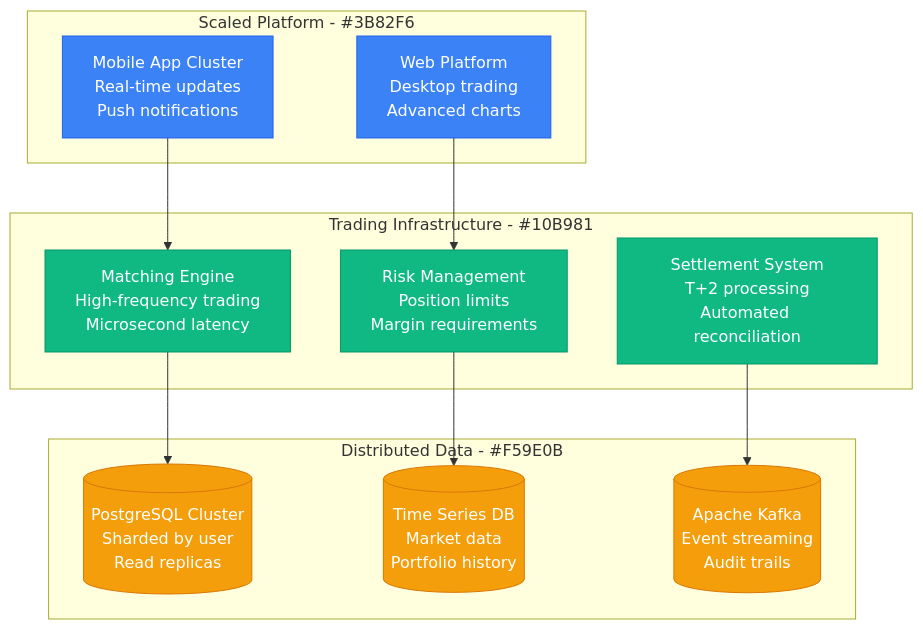
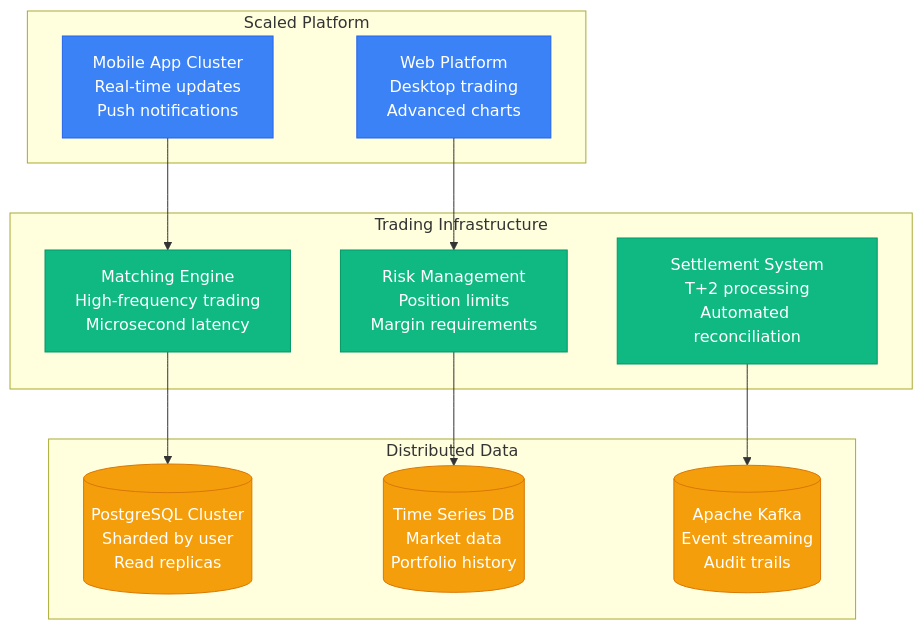
The second of 4 diagrams in site/docs/scaling/robinhood-scale-evolution.md (deepaucksharma/DS), drawn with Mermaid before and after one commit. The commit also changed other lines of this file and 169 other files, not shown here.

````diff
--- a/site/docs/scaling/robinhood-scale-evolution.md
+++ b/site/docs/scaling/robinhood-scale-evolution.md
@@ -63,33 +63,33 @@
 ```mermaid
 graph TB
-    subgraph ScaledPlatform[Scaled Platform - #3B82F6]
+    subgraph ScaledPlatform["Scaled Platform"]
         MOBILE_CLUSTER[Mobile App Cluster<br/>Real-time updates<br/>Push notifications]
         WEB_PLATFORM[Web Platform<br/>Desktop trading<br/>Advanced charts]
     end
 
-    subgraph TradingInfra[Trading Infrastructure - #10B981]
+    subgraph TradingInfra["Trading Infrastructure"]
         MATCHING_ENGINE[Matching Engine<br/>High-frequency trading<br/>Microsecond latency]
         RISK_MGMT[Risk Management<br/>Position limits<br/>Margin requirements]
         SETTLEMENT[Settlement System<br/>T+2 processing<br/>Automated reconciliation]
     end
 
-    subgraph DistributedData[Distributed Data - #F59E0B]
+    subgraph DistributedData["Distributed Data"]
         POSTGRES_CLUSTER[(PostgreSQL Cluster<br/>Sharded by user<br/>Read replicas)]
         TIME_SERIES[(Time Series DB<br/>Market data<br/>Portfolio history)]
         KAFKA[(Apache Kafka<br/>Event streaming<br/>Audit trails)]
     end
 
     MOBILE_CLUSTER --> MATCHING_ENGINE
     WEB_PLATFORM --> RISK_MGMT
     MATCHING_ENGINE --> POSTGRES_CLUSTER
     RISK_MGMT --> TIME_SERIES
     SETTLEMENT --> KAFKA
 
     classDef platformStyle fill:#3B82F6,stroke:#2563EB,color:#fff
     classDef tradingStyle fill:#10B981,stroke:#059669,color:#fff
     classDef dataStyle fill:#F59E0B,stroke:#D97706,color:#fff
 
     class MOBILE_CLUSTER,WEB_PLATFORM platformStyle
     class MATCHING_ENGINE,RISK_MGMT,SETTLEMENT tradingStyle
     class POSTGRES_CLUSTER,TIME_SERIES,KAFKA dataStyle
 ```
````
